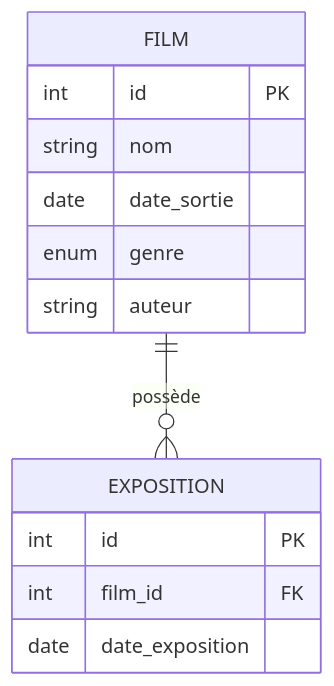
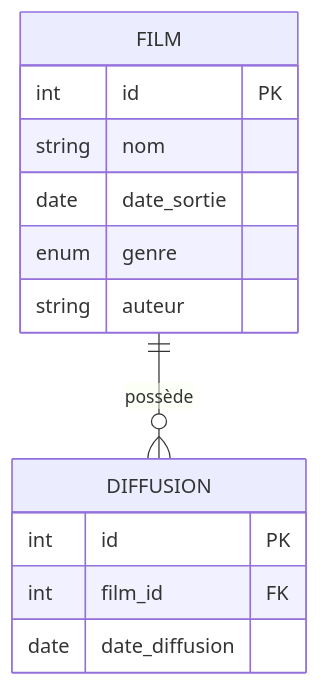
The diagram in Phase 2 - MVC REST et SPA/3. MVC OOP /Projet Allociné/Readme.md (CHAOUCHI/cdpi-dwwm), drawn with Mermaid before and after one commit. The commit also changed other lines of this file and 24 other files, not shown here.

````diff
--- a/Phase 2 - MVC REST et SPA/3. MVC OOP /Projet Allociné/Readme.md
+++ b/Phase 2 - MVC REST et SPA/3. MVC OOP /Projet Allociné/Readme.md
@@ -7,16 +7,16 @@
 ```mermaid
 erDiagram
     FILM {
         int id PK
         string nom
         date date_sortie
         enum genre
         string auteur
     }
-    EXPOSITION {
+    DIFFUSION {
         int id PK
         int film_id FK
-        date date_exposition
+        date date_diffusion
     }
-    FILM ||--o{ EXPOSITION : "possède"
+    FILM ||--o{ DIFFUSION : "possède"
 ```
````
